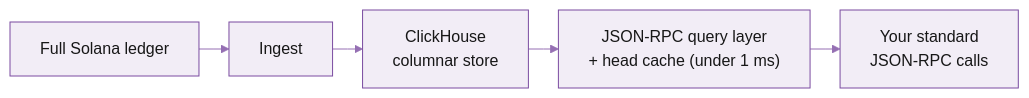
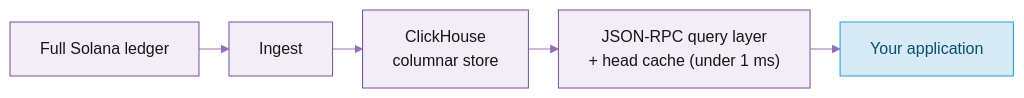
Before and after one commit to praptisharma28/triton-docs-v5: the diagram in documentation/historical-data.md, drawn with Mermaid.

Commit message:
Historical diagram: rename final node to 'Your application' and color it blue (your side vs Triton's violet infra)

````diff
--- a/documentation/historical-data.md
+++ b/documentation/historical-data.md
@@ -49,8 +49,9 @@
 ```mermaid
 %%{init: {'theme':'base','themeVariables':{'primaryColor':'#F2EDF6','primaryBorderColor':'#7A4BA0','primaryTextColor':'#171717','lineColor':'#956FB3','secondaryColor':'#E4DBEC','tertiaryColor':'#D7C9E3'},'flowchart':{'nodeSpacing':22,'rankSpacing':30,'curve':'linear'}}}%%
 flowchart LR
     ledger["Full Solana ledger"] --> ingest["Ingest"]
     ingest --> ch["ClickHouse<br/>columnar store"]
     ch --> q["JSON-RPC query layer<br/>+ head cache (under 1 ms)"]
-    q --> you["Your standard<br/>JSON-RPC calls"]
+    q --> you["Your application"]
+    style you fill:#D6EAF8,stroke:#259DD0,color:#0B4F6C
 ```
````
